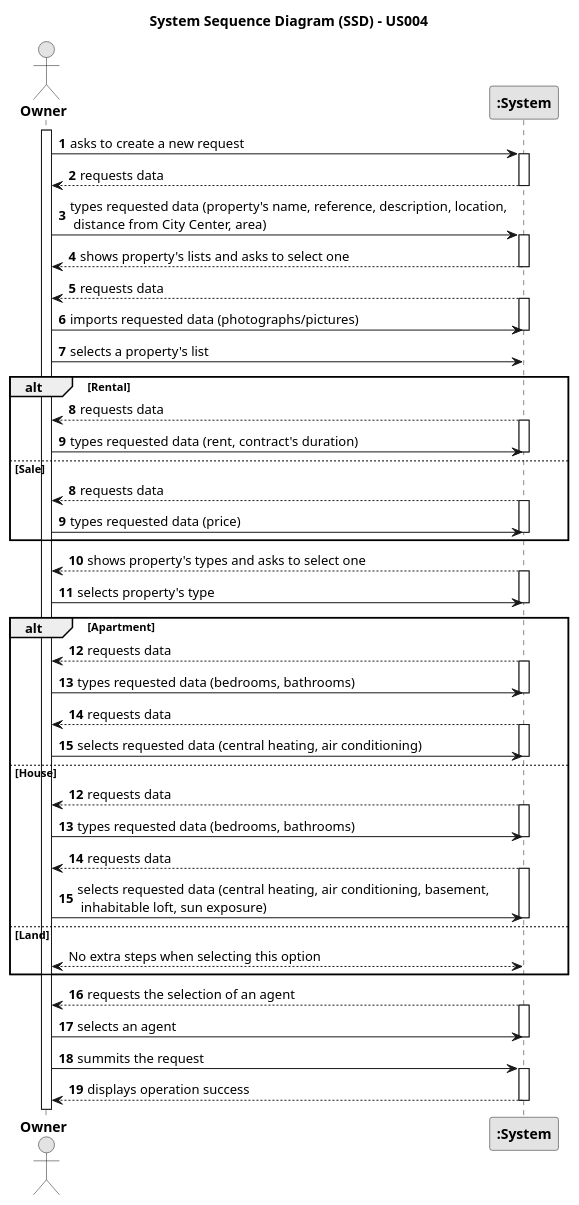
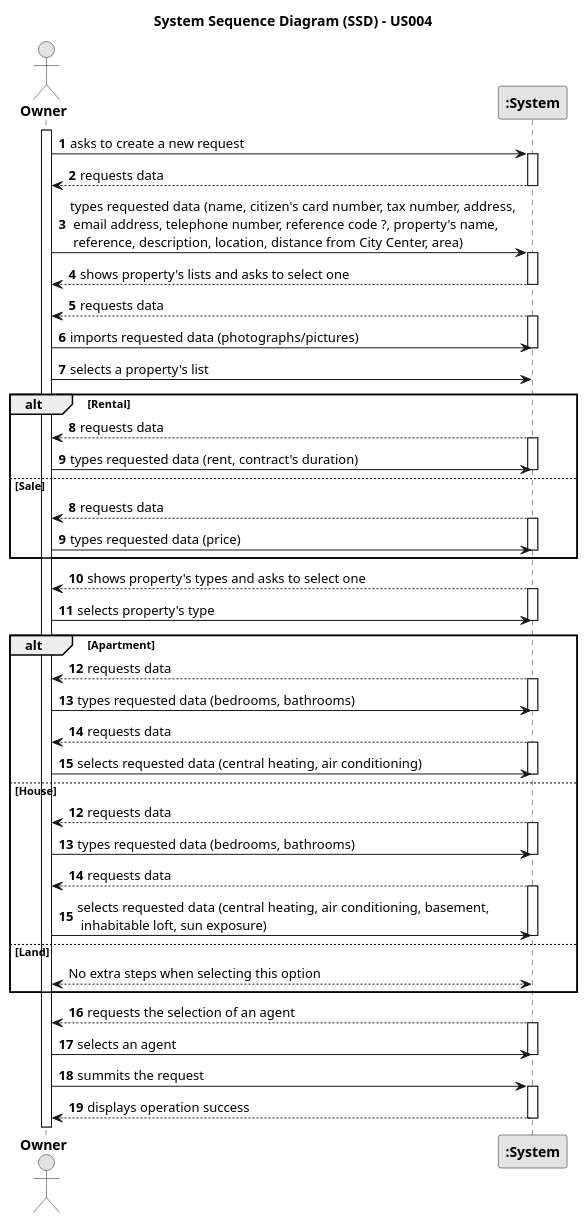
Before and after one commit to rita-barbosa/LAPR2-2223: the diagram in docs/sprintA/us004/01.requirements-engineering/puml/us004-system-sequence-diagram.puml, drawn with PlantUML. The commit also changed 1 other file, not shown here.

```diff
--- a/docs/sprintA/us004/01.requirements-engineering/puml/us004-system-sequence-diagram.puml
+++ b/docs/sprintA/us004/01.requirements-engineering/puml/us004-system-sequence-diagram.puml
@@ -1,110 +1,110 @@
 @startuml
 skinparam monochrome true
 skinparam packageStyle rectangle
 skinparam shadowing false
 
 title System Sequence Diagram (SSD) - US004
 
 autonumber
 
 actor "<b>Owner</b>" as Owner
 participant "<b>:System</b>" as System
 
 activate Owner
 
     Owner -> System : asks to create a new request
     activate System
 
         System --> Owner : requests data
     deactivate System
 
-    Owner -> System : types requested data (property's name, reference, description, location,\n distance from City Center, area)
+    Owner -> System : types requested data (name, citizen's card number, tax number, address,\n email address, telephone number, reference code ?, property's name,\n reference, description, location, distance from City Center, area)
     activate System
 
         System --> Owner : shows property's lists and asks to select one
     deactivate System
 
 
     System --> "Owner" : requests data
     activate System
     Owner -> System : imports requested data (photographs/pictures)
 
         deactivate System
 
     Owner -> System : selects a property's list
 '    activate System
 '    deactivate System
 
     alt Rental
         autonumber 8
         System --> "Owner": requests data
         activate System
 
         "Owner" -> System: types requested data (rent, contract's duration)
         deactivate System
 
     else Sale
         autonumber 8
          System --> "Owner": requests data
         activate System
 
         "Owner" -> System: types requested data (price)
         deactivate System
 
     end
 
     System --> "Owner" : shows property's types and asks to select one
     activate System
     Owner -> System : selects property's type
     deactivate System
 
 
    alt Apartment
 
         System --> "Owner": requests data
         activate System
 
         "Owner" -> System: types requested data (bedrooms, bathrooms)
         deactivate System
 
     System --> "Owner": requests data
                     activate System
 
                     "Owner" -> System: selects requested data (central heating, air conditioning)
                     deactivate System
 
     else House
         autonumber 12
          System --> "Owner": requests data
         activate System
 
         "Owner" -> System: types requested data (bedrooms, bathrooms)
         deactivate System
 
          System --> "Owner": requests data
          activate System
 
          "Owner" -> System: selects requested data (central heating, air conditioning, basement,\n inhabitable loft, sun exposure)
          deactivate System
 
     else Land
         autonumber stop
         "Owner" <--> System: No extra steps when selecting this option
 
     end
 
     autonumber 16
         System --> Owner : requests the selection of an agent
     activate System
 
     "Owner" -> System : selects an agent
     deactivate System
 
 
         "Owner" -> System : summits the request
     activate System
 
     System --> "Owner" : displays operation success
     deactivate System
 
 @enduml
```
